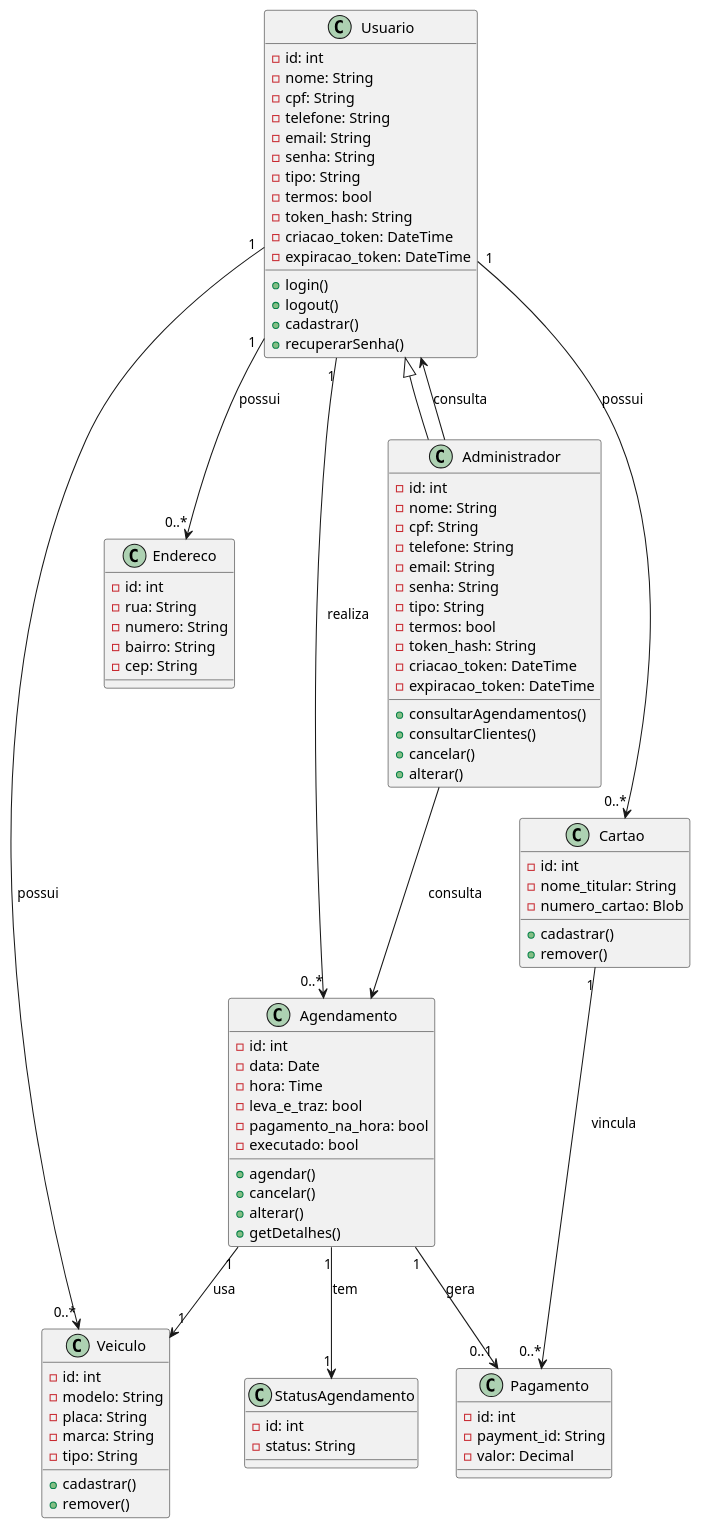
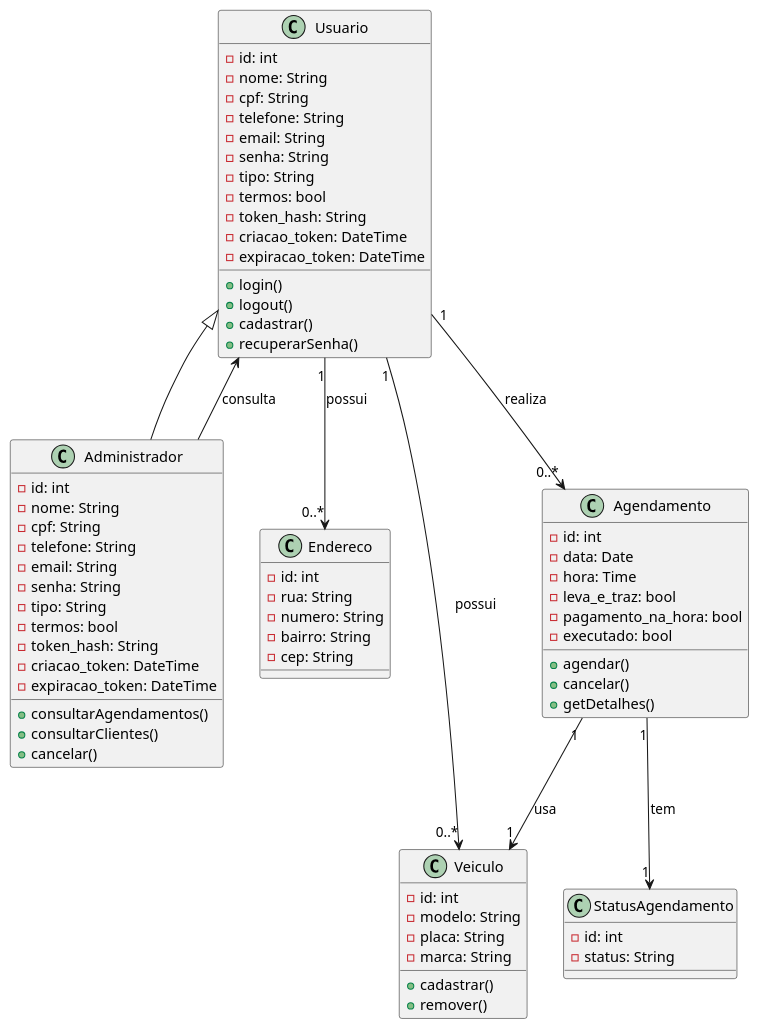
One commit to Lucas-Ed/Pi-2-semestre changed the diagram in Diagramas/classe.plantuml. Above: the diagram before and after it, drawn with PlantUML. The commit also changed 7 other files, not shown here.

```diff
--- a/Diagramas/classe.plantuml
+++ b/Diagramas/classe.plantuml
@@ -1,115 +1,94 @@
 @startuml
 
 ' ====== CLASSE BASE ======
 class Usuario {
   -id: int
   -nome: String
   -cpf: String
   -telefone: String
   -email: String
   -senha: String
   -tipo: String
   -termos: bool
   -token_hash: String
   -criacao_token: DateTime
   -expiracao_token: DateTime
 
   +login()
   +logout()
   +cadastrar()
   +recuperarSenha()
 }
 
 ' ====== HERANÇA ======
 class Administrador {
   -id: int
   -nome: String
   -cpf: String
   -telefone: String
   -email: String
   -senha: String
   -tipo: String
   -termos: bool
   -token_hash: String
   -criacao_token: DateTime
   -expiracao_token: DateTime
 
   +consultarAgendamentos()
   +consultarClientes()
   +cancelar()
-  +alterar()
 }
 
 Usuario <|-- Administrador
 
 ' ====== DEMAIS CLASSES ======
 
 class Endereco {
   -id: int
   -rua: String
   -numero: String
   -bairro: String
   -cep: String
 }
 
 class Veiculo {
   -id: int
   -modelo: String
   -placa: String
   -marca: String
-  -tipo: String
-
-  +cadastrar()
-  +remover()
-}
-
-class Cartao {
-  -id: int
-  -nome_titular: String
-  -numero_cartao: Blob
 
   +cadastrar()
   +remover()
 }
 
 class Agendamento {
   -id: int
   -data: Date
   -hora: Time
   -leva_e_traz: bool
   -pagamento_na_hora: bool
   -executado: bool
 
   +agendar()
   +cancelar()
-  +alterar()
   +getDetalhes()
-}
-
-class Pagamento {
-  -id: int
-  -payment_id: String
-  -valor: Decimal
 }
 
 class StatusAgendamento {
   -id: int
   -status: String
 }
 
 ' ====== RELACIONAMENTOS ======
 
 Usuario "1" --> "0..*" Endereco : possui
 Usuario "1" --> "0..*" Veiculo : possui
-Usuario "1" --> "0..*" Cartao : possui
 Usuario "1" --> "0..*" Agendamento : realiza
 
 Agendamento "1" --> "1" Veiculo : usa
-Agendamento "1" --> "0..1" Pagamento : gera
 Agendamento "1" --> "1" StatusAgendamento : tem
-Cartao "1" --> "0..*" Pagamento : vincula
 
-Administrador --> Agendamento : consulta
+
 Administrador --> Usuario : consulta
 
 @enduml
```
